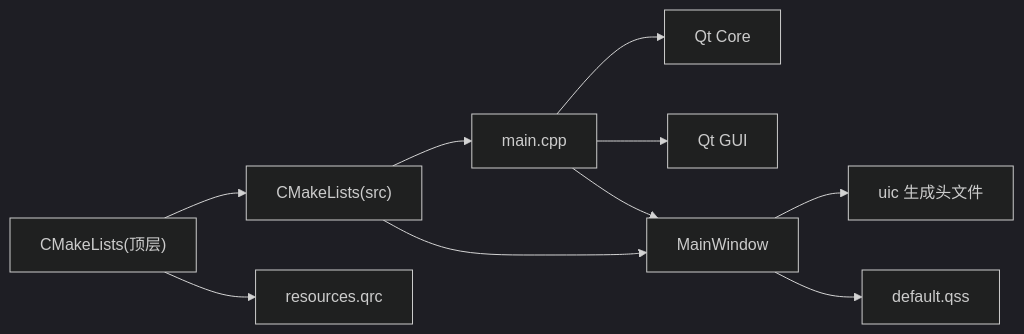
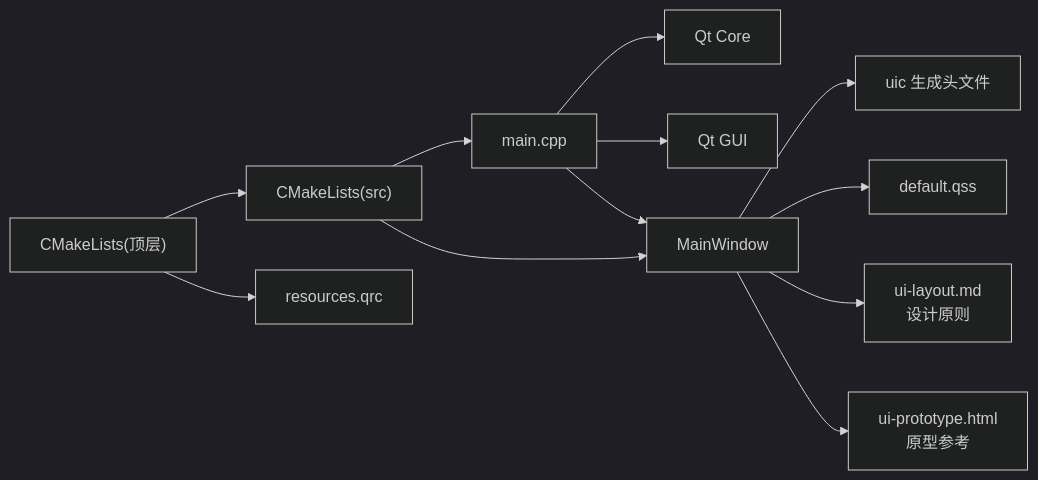
The third of 3 diagrams in .qoder/repowiki/zh/content/开发指南/开发指南.md (jakecai1225-design/OpenBus), drawn with Mermaid (dark theme) before and after one commit. The commit also changed other lines of this file and 44 other files, not shown here.

````diff
--- a/.qoder/repowiki/zh/content/开发指南/开发指南.md
+++ b/.qoder/repowiki/zh/content/开发指南/开发指南.md
@@ -204,12 +294,14 @@
 ```mermaid
 graph LR
 MAIN["main.cpp"] --> QT_CORE["Qt Core"]
 MAIN --> QT_GUI["Qt GUI"]
 MAIN --> MW["MainWindow"]
 MW --> UI_HDR["uic 生成头文件"]
 MW --> QSS["default.qss"]
+MW --> LAYOUT["ui-layout.md<br/>设计原则"]
+MW --> PROTOTYPE["ui-prototype.html<br/>原型参考"]
 CMAKE_TOP["CMakeLists(顶层)"] --> CMAKE_SRC["CMakeLists(src)"]
 CMAKE_SRC --> MAIN
 CMAKE_SRC --> MW
 CMAKE_TOP --> QRC["resources.qrc"]
 ```
````
